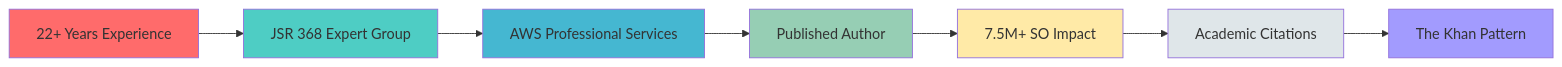
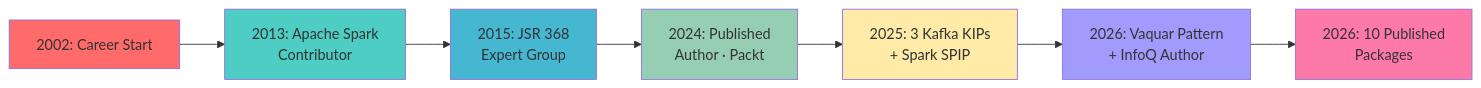
Before and after one commit to vaquarkhan/vaquarkhan: the diagram in README.md, drawn with Mermaid. The commit also changed other lines of this file, not shown here.

Commit message:
feat: major profile enhancement — Vaquar Pattern (PVDM), expanded skills showcase, career timeline, 12yr Spark commitment, JSR links, impact summary, 10 packages

````diff
--- a/README.md
+++ b/README.md
@@ -280,17 +386,17 @@
 ```mermaid
 graph LR
-    A[22+ Years Experience] --> B[JSR 368 Expert Group]
-    B --> C[AWS Professional Services]
-    C --> D[Published Author]
-    D --> E[7.5M+ SO Impact]
-    E --> F[Academic Citations]
-    F --> G[The Khan Pattern]
+    A[2002: Career Start] --> B[2013: Apache Spark<br/>Contributor]
+    B --> C[2015: JSR 368<br/>Expert Group]
+    C --> D[2024: Published<br/>Author · Packt]
+    D --> E[2025: 3 Kafka KIPs<br/>+ Spark SPIP]
+    E --> F[2026: Vaquar Pattern<br/>+ InfoQ Author]
+    F --> G[2026: 10 Published<br/>Packages]
     
     style A fill:#ff6b6b
     style B fill:#4ecdc4
     style C fill:#45b7d1
     style D fill:#96ceb4
     style E fill:#ffeaa7
-    style F fill:#dfe6e9
-    style G fill:#a29bfe
+    style F fill:#a29bfe
+    style G fill:#fd79a8
 ```
````
